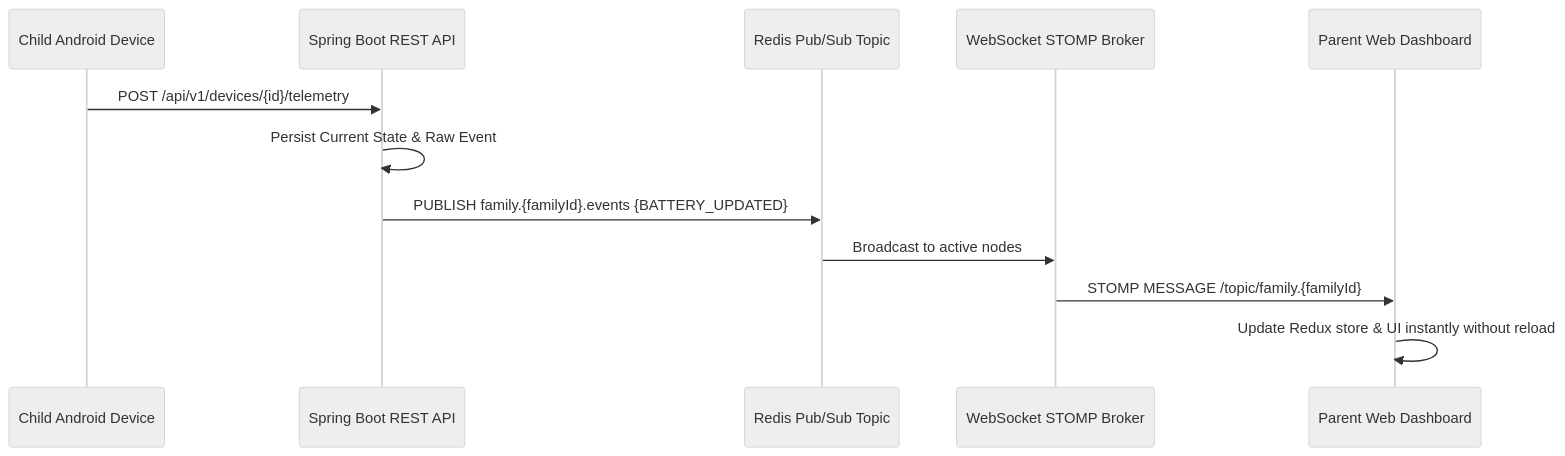
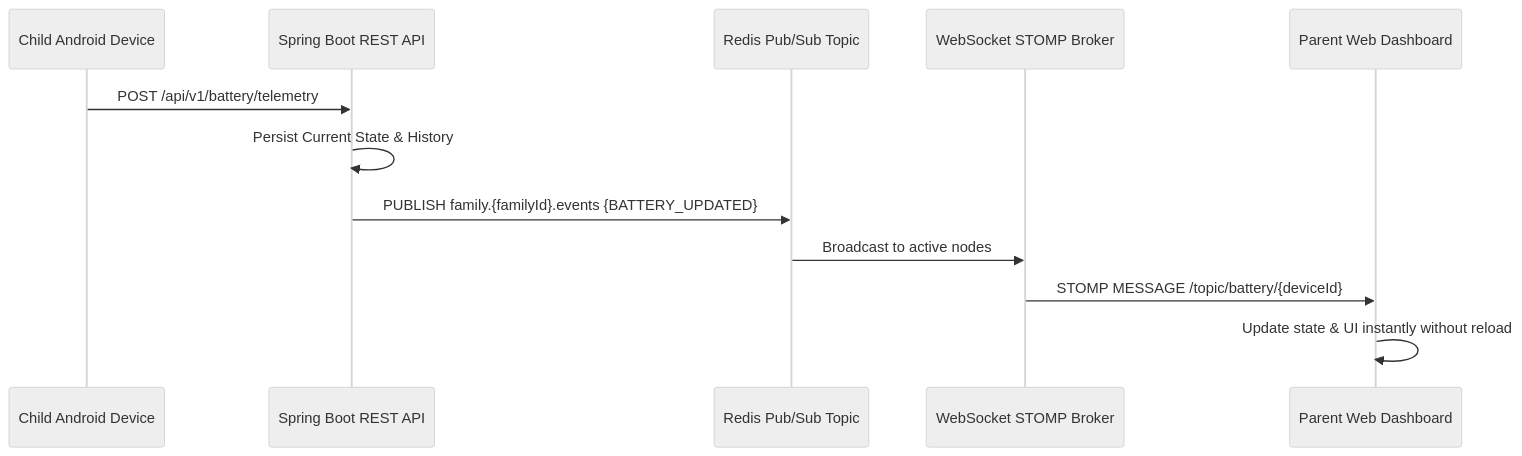
One commit to pavan0367/Nivya changed the third of 3 diagrams in docs/Architecture/system_architecture.md. Above: the diagram before and after it, drawn with Mermaid (neutral theme). The commit also changed other lines of this file and 12 other files, not shown here.

````diff
--- a/docs/Architecture/system_architecture.md
+++ b/docs/Architecture/system_architecture.md
@@ -143,15 +145,15 @@
 ```mermaid
 sequenceDiagram
     participant Child as Child Android Device
     participant API as Spring Boot REST API
     participant Redis as Redis Pub/Sub Topic
     participant WS as WebSocket STOMP Broker
     participant ParentWeb as Parent Web Dashboard
 
-    Child->>API: POST /api/v1/devices/{id}/telemetry
-    API->>API: Persist Current State & Raw Event
+    Child->>API: POST /api/v1/battery/telemetry
+    API->>API: Persist Current State & History
     API->>Redis: PUBLISH family.{familyId}.events {BATTERY_UPDATED}
     Redis->>WS: Broadcast to active nodes
-    WS->>ParentWeb: STOMP MESSAGE /topic/family.{familyId}
-    ParentWeb->>ParentWeb: Update Redux store & UI instantly without reload
+    WS->>ParentWeb: STOMP MESSAGE /topic/battery/{deviceId}
+    ParentWeb->>ParentWeb: Update state & UI instantly without reload
 ```
````
